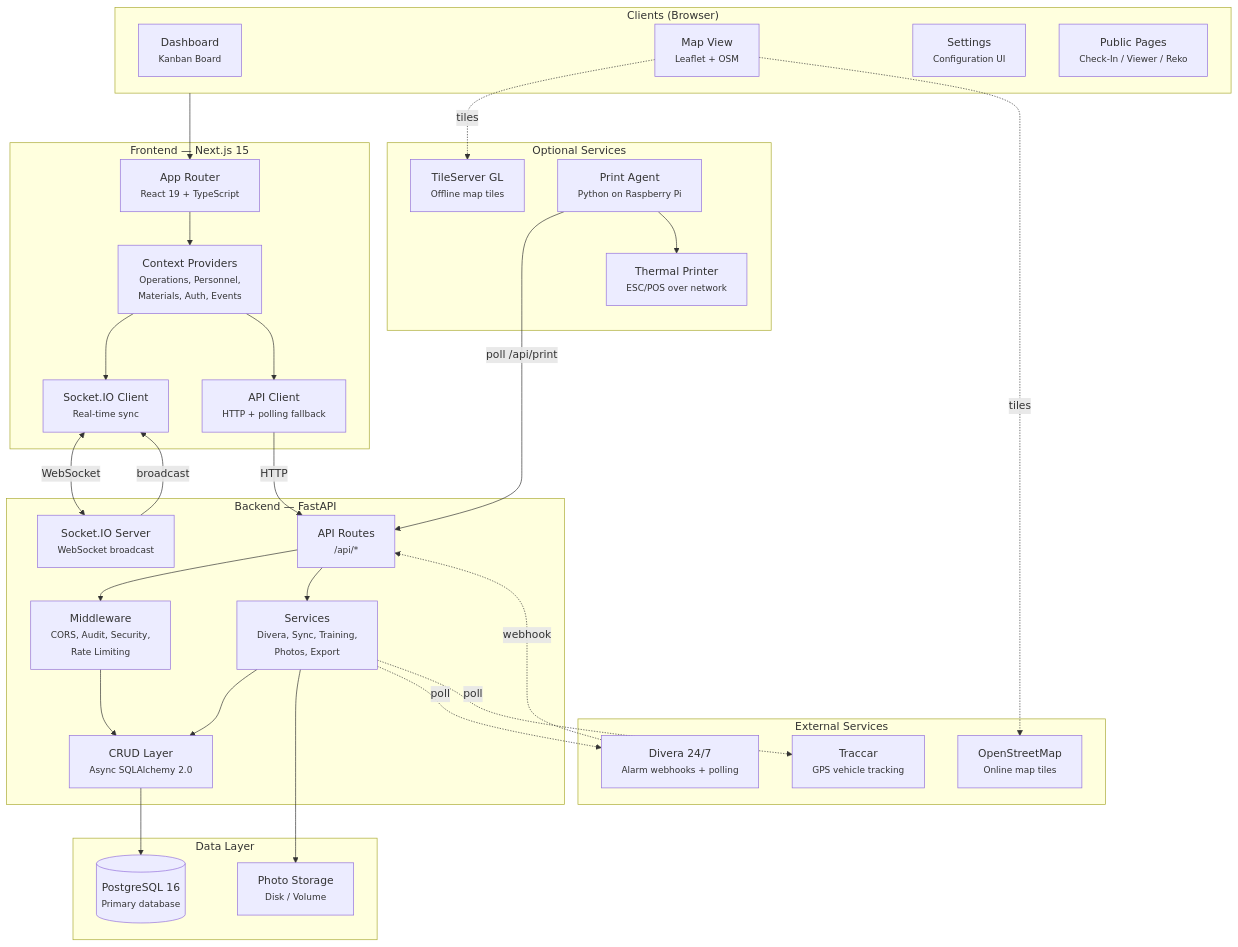
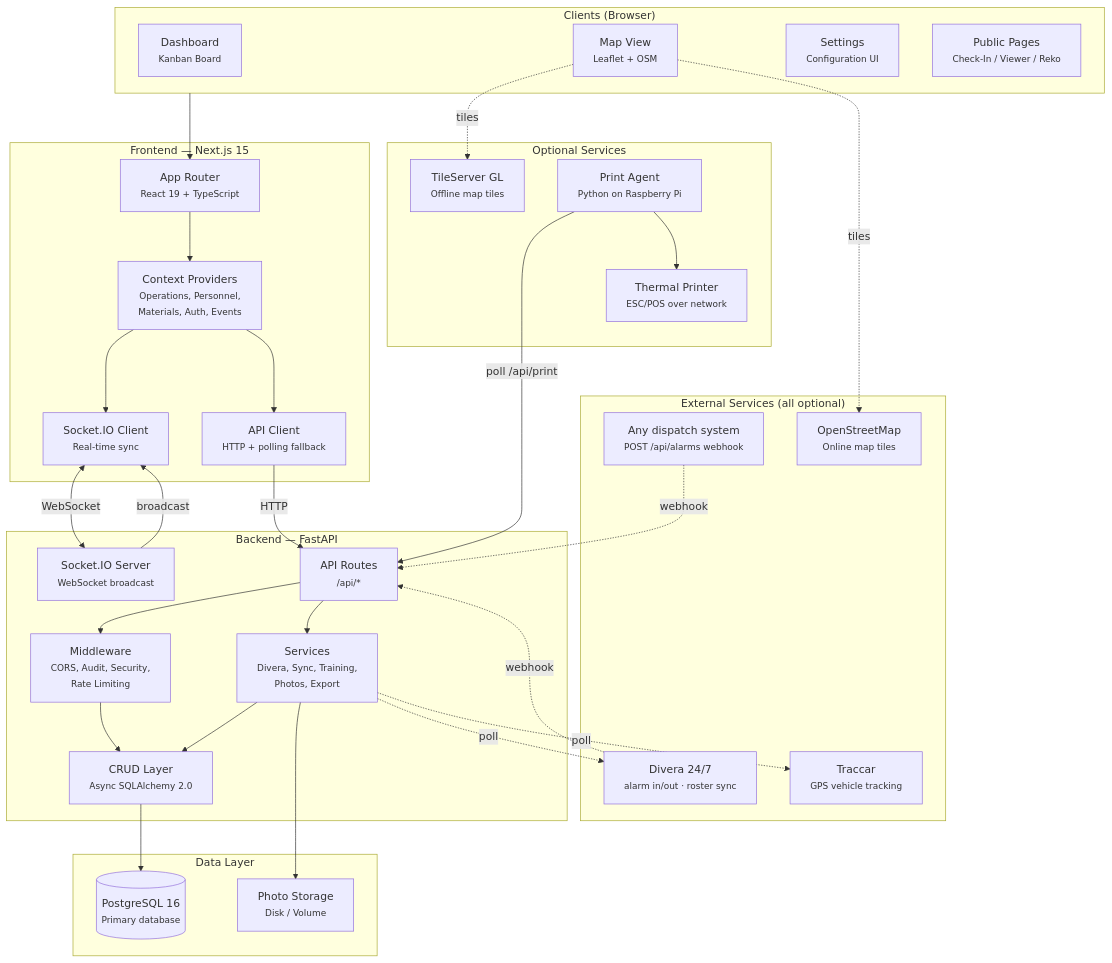
One commit to feuerwehr-oberwil/kp-rueck changed the first of 10 diagrams in docs/ARCHITECTURE.md. Above: the diagram before and after it, drawn with Mermaid. The commit also changed other lines of this file and 9 other files, not shown here.

````diff
--- a/docs/ARCHITECTURE.md
+++ b/docs/ARCHITECTURE.md
@@ -9,66 +9,68 @@
 ```mermaid
 graph TB
     subgraph clients["Clients (Browser)"]
         dashboard["Dashboard<br/><small>Kanban Board</small>"]
         mapview["Map View<br/><small>Leaflet + OSM</small>"]
         settings["Settings<br/><small>Configuration UI</small>"]
         public["Public Pages<br/><small>Check-In / Viewer / Reko</small>"]
     end
 
     subgraph frontend["Frontend — Next.js 15"]
         app["App Router<br/><small>React 19 + TypeScript</small>"]
         contexts["Context Providers<br/><small>Operations, Personnel,<br/>Materials, Auth, Events</small>"]
         ws_client["Socket.IO Client<br/><small>Real-time sync</small>"]
         api_client["API Client<br/><small>HTTP + polling fallback</small>"]
     end
 
     subgraph backend["Backend — FastAPI"]
         routes["API Routes<br/><small>/api/*</small>"]
         ws_server["Socket.IO Server<br/><small>WebSocket broadcast</small>"]
         services["Services<br/><small>Divera, Sync, Training,<br/>Photos, Export</small>"]
         crud["CRUD Layer<br/><small>Async SQLAlchemy 2.0</small>"]
         middleware["Middleware<br/><small>CORS, Audit, Security,<br/>Rate Limiting</small>"]
     end
 
     subgraph data["Data Layer"]
         postgres[("PostgreSQL 16<br/><small>Primary database</small>")]
         photos["Photo Storage<br/><small>Disk / Volume</small>"]
     end
 
     subgraph optional["Optional Services"]
         tileserver["TileServer GL<br/><small>Offline map tiles</small>"]
         print_agent["Print Agent<br/><small>Python on Raspberry Pi</small>"]
         printer["Thermal Printer<br/><small>ESC/POS over network</small>"]
     end
 
-    subgraph external["External Services"]
-        divera["Divera 24/7<br/><small>Alarm webhooks + polling</small>"]
+    subgraph external["External Services (all optional)"]
+        anyhook["Any dispatch system<br/><small>POST /api/alarms webhook</small>"]
+        divera["Divera 24/7<br/><small>alarm in/out · roster sync</small>"]
         traccar["Traccar<br/><small>GPS vehicle tracking</small>"]
         osm["OpenStreetMap<br/><small>Online map tiles</small>"]
     end
 
     clients --> app
     app --> contexts
     contexts --> ws_client
     contexts --> api_client
     ws_client <-->|WebSocket| ws_server
     api_client -->|HTTP| routes
     mapview -.->|tiles| tileserver
     mapview -.->|tiles| osm
 
     routes --> middleware
     middleware --> crud
     routes --> services
     services --> crud
     crud --> postgres
     services --> photos
 
     ws_server -->|broadcast| ws_client
 
+    anyhook -.->|webhook| routes
     divera -.->|webhook| routes
     services -.->|poll| divera
     services -.->|poll| traccar
 
     print_agent -->|poll /api/print| routes
     print_agent --> printer
 ```
````
